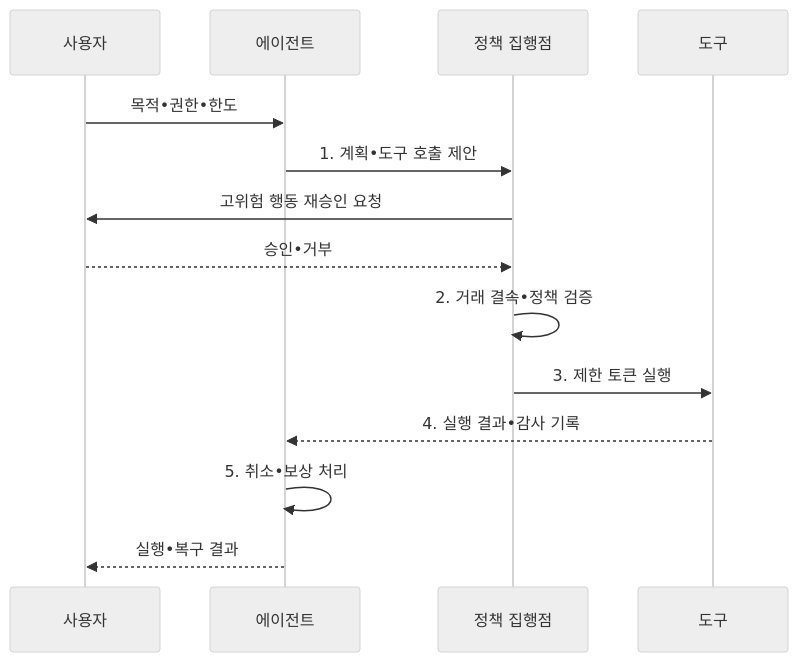
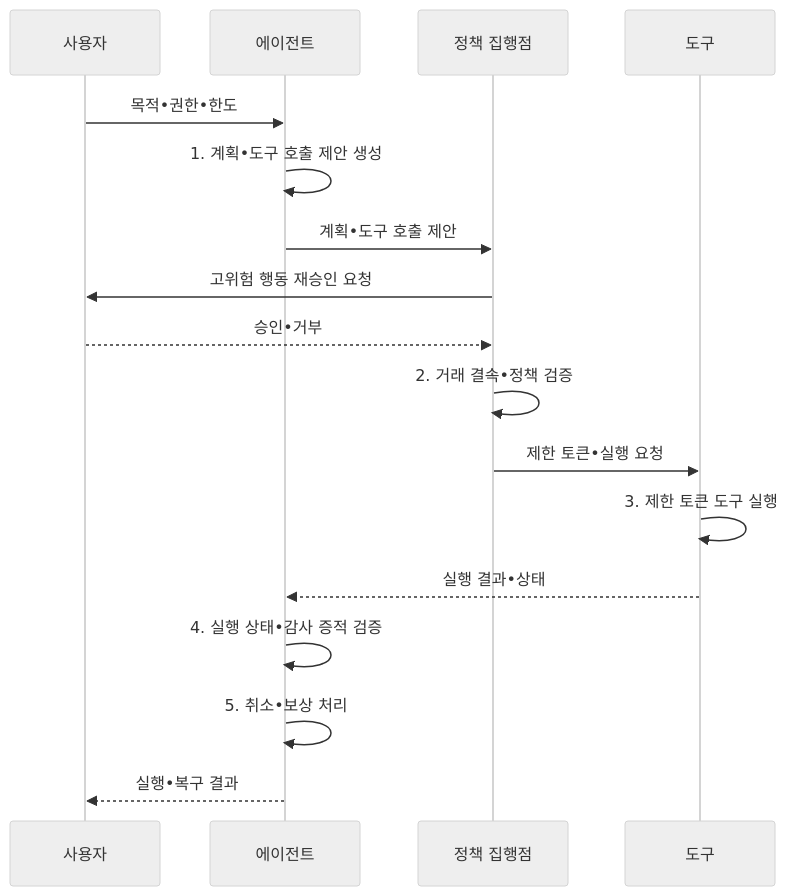
One commit to agnusdei1207/knowledge-base changed the second of 2 diagrams in src/content/docs/notes/05-security/090_agent_security.md. Above: the diagram before and after it, drawn with Mermaid (neutral theme). The commit also changed other lines of this file and 14 other files, not shown here.

````diff
--- a/src/content/docs/notes/05-security/090_agent_security.md
+++ b/src/content/docs/notes/05-security/090_agent_security.md
@@ -104,16 +104,19 @@
 ```mermaid
 sequenceDiagram
     participant U as 사용자
     participant A as 에이전트
     participant P as 정책 집행점
     participant T as 도구
     U->>A: 목적•권한•한도
-    A->>P: 1. 계획•도구 호출 제안
+    A->>A: 1. 계획•도구 호출 제안 생성
+    A->>P: 계획•도구 호출 제안
     P->>U: 고위험 행동 재승인 요청
     U-->>P: 승인•거부
     P->>P: 2. 거래 결속•정책 검증
-    P->>T: 3. 제한 토큰 실행
-    T-->>A: 4. 실행 결과•감사 기록
+    P->>T: 제한 토큰•실행 요청
+    T->>T: 3. 제한 토큰 도구 실행
+    T-->>A: 실행 결과•상태
+    A->>A: 4. 실행 상태•감사 증적 검증
     A->>A: 5. 취소•보상 처리
     A-->>U: 실행•복구 결과
 ```
````
